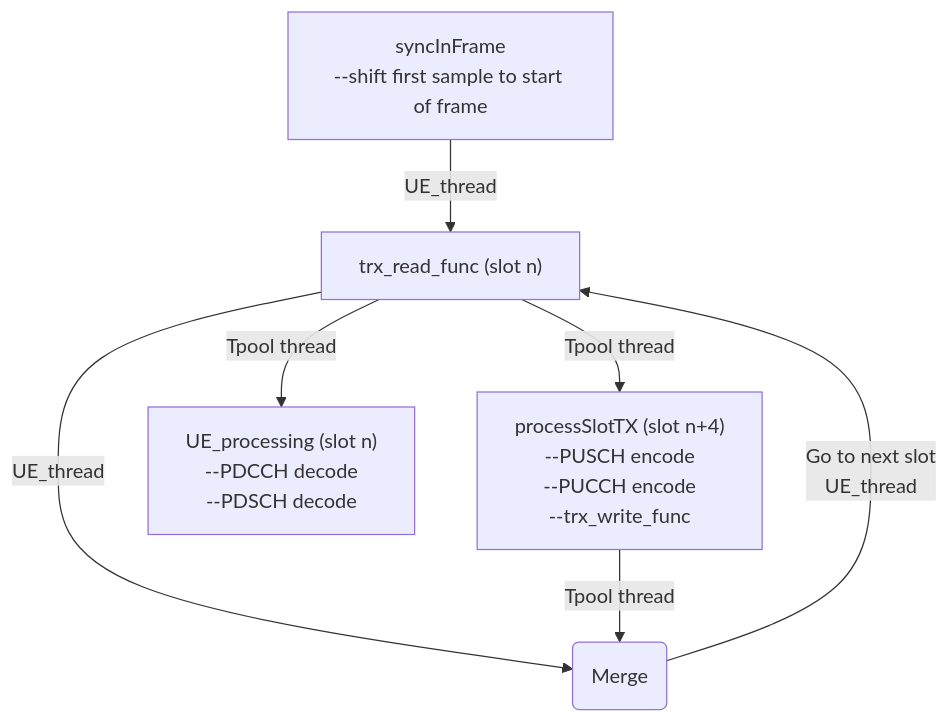
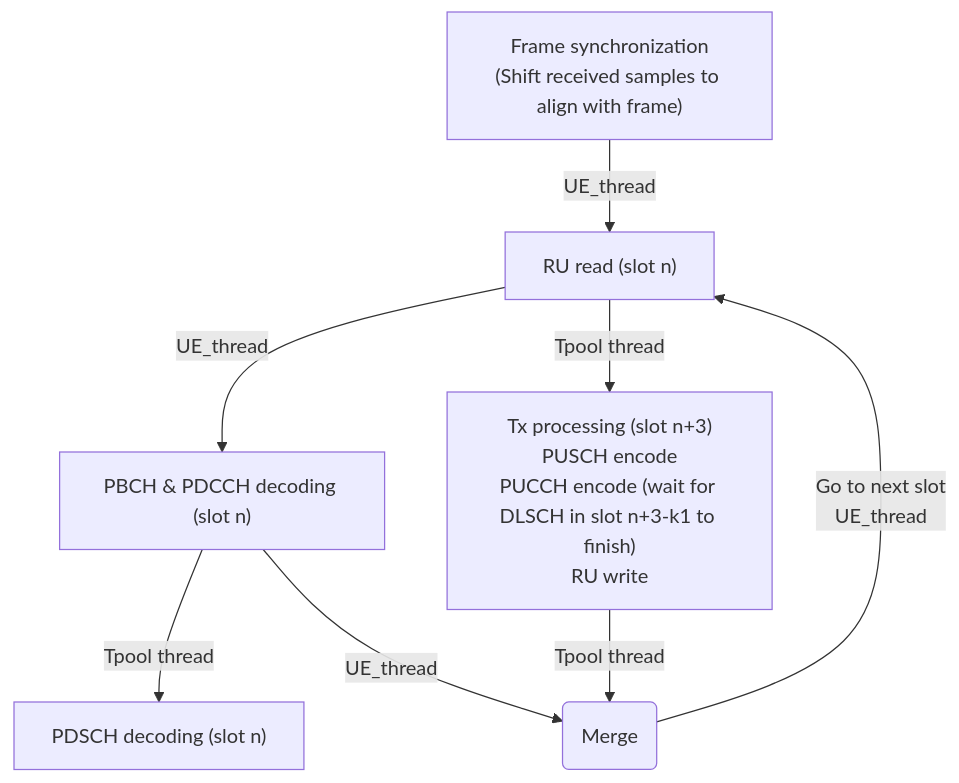
Before and after one commit to pippianders/openairinterface5g: the third of 3 diagrams in doc/nr-ue-design.md, drawn with Mermaid. The commit also changed other lines of this file, not shown here.

Commit message:
Update UE design doc

````diff
--- a/doc/nr-ue-design.md
+++ b/doc/nr-ue-design.md
@@ -26,9 +26,10 @@
 ```mermaid
 graph TD
-    E[syncInFrame<br/>--shift first sample to start of frame] -->|UE_thread| F["trx_read_func (slot n)"]
-    F --> |Tpool thread| G["processSlotTX (slot n+4)<br/>--PUSCH encode<br/>--PUCCH encode<br/>--trx_write_func"]
-    F --> |Tpool thread| J["UE_processing (slot n)<br/>--PDCCH decode<br/>--PDSCH decode"]
-    F --> |UE_thread| I(Merge)
-    G --> |Tpool thread| I
-    I --> |Go to next slot<br/>UE_thread| F
+    sync["Frame synchronization<br/>(Shift received samples to align with frame)"] -->|UE_thread| hw_read["RU read (slot n)"]
+    hw_read --> |UE_thread| rxPreProc["PBCH & PDCCH decoding (slot n)"]
+    hw_read --> |Tpool thread| txProc["Tx processing (slot n+3)<br/>PUSCH encode<br/>PUCCH encode (wait for DLSCH in slot n+3-k1 to finish)<br/>RU write"]
+    rxPreProc --> |Tpool thread| rxProc["PDSCH decoding (slot n)"]
+    rxPreProc --> |UE_thread| join(Merge)
+    txProc --> |Tpool thread| join
+    join --> |Go to next slot<br/>UE_thread| hw_read
 ```
````
